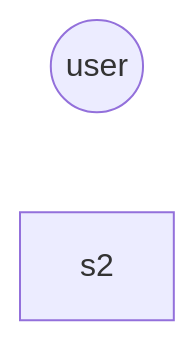
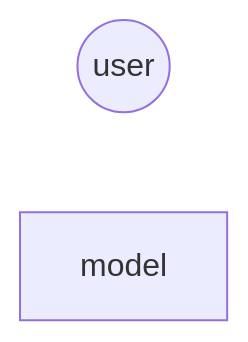
Before and after one commit to ka1fe1/iodraw-files: the diagram in all/未命名-28.md, drawn with Mermaid.

Commit message:
2024-10-22 17:42:22 update

````diff
--- a/all/未命名-28.md
+++ b/all/未命名-28.md
@@ -1,5 +1,5 @@
 ```mermaid
 flowchart LR
     s1((user))
-    s2
+    s2["model"]
 ```
````
